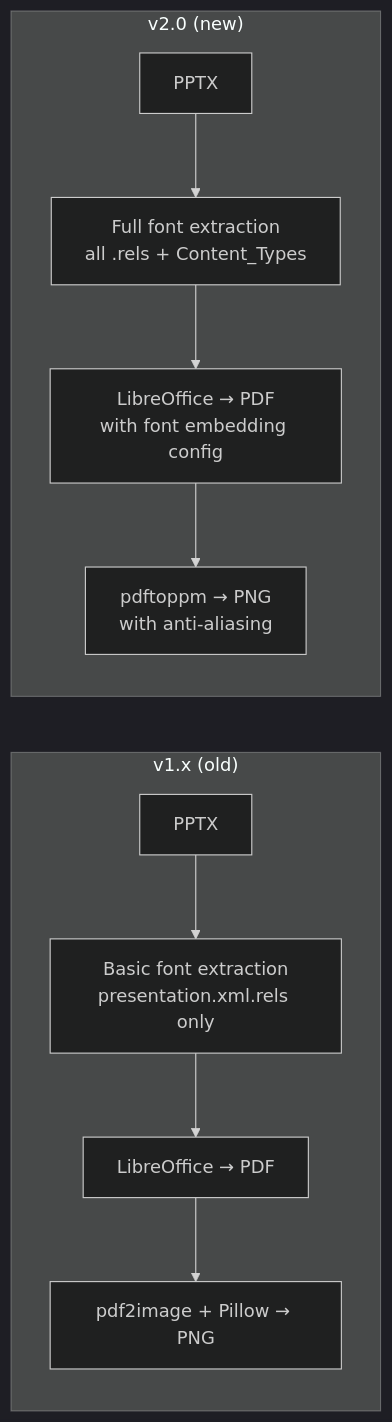
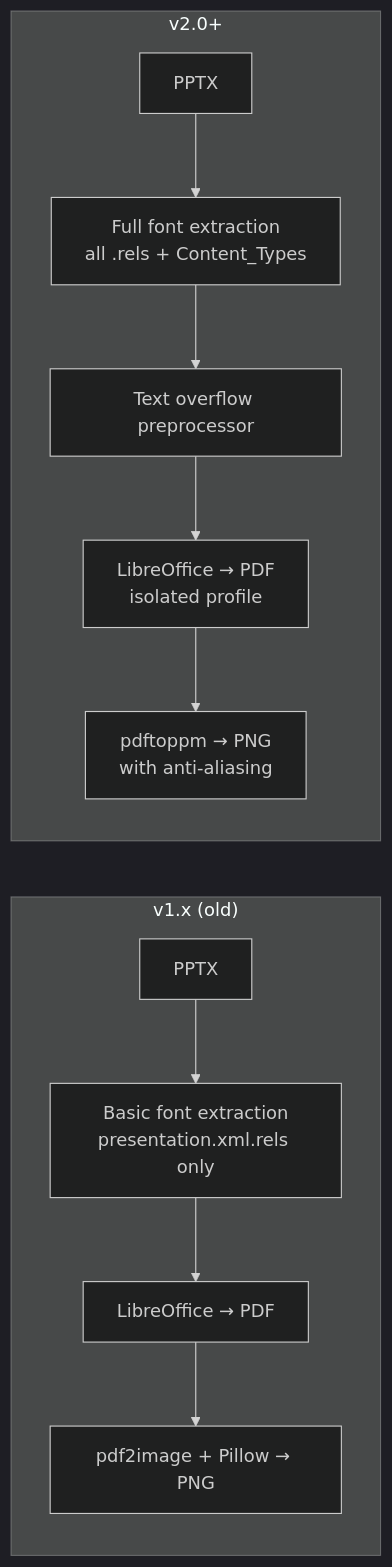
One commit to tjrtm/pptx-pdf-2-png-daemon changed the diagram in docs/upgrading.md. Above: the diagram before and after it, drawn with Mermaid (dark theme). The commit also changed other lines of this file and 7 other files, not shown here.

First line of the commit message:
v2.1: Fix text overflow with preprocessor + font isolation + web UI

````diff
--- a/docs/upgrading.md
+++ b/docs/upgrading.md
@@ -9,14 +77,15 @@
 ```mermaid
 flowchart LR
     subgraph "v1.x (old)"
         A1[PPTX] --> B1[Basic font extraction<br/>presentation.xml.rels only]
         B1 --> C1[LibreOffice → PDF]
         C1 --> D1[pdf2image + Pillow → PNG]
     end
 
-    subgraph "v2.0 (new)"
+    subgraph "v2.0+"
         A2[PPTX] --> B2[Full font extraction<br/>all .rels + Content_Types]
-        B2 --> C2[LibreOffice → PDF<br/>with font embedding config]
+        B2 --> P2[Text overflow preprocessor]
+        P2 --> C2[LibreOffice → PDF<br/>isolated profile]
         C2 --> D2[pdftoppm → PNG<br/>with anti-aliasing]
     end
 ```
````
